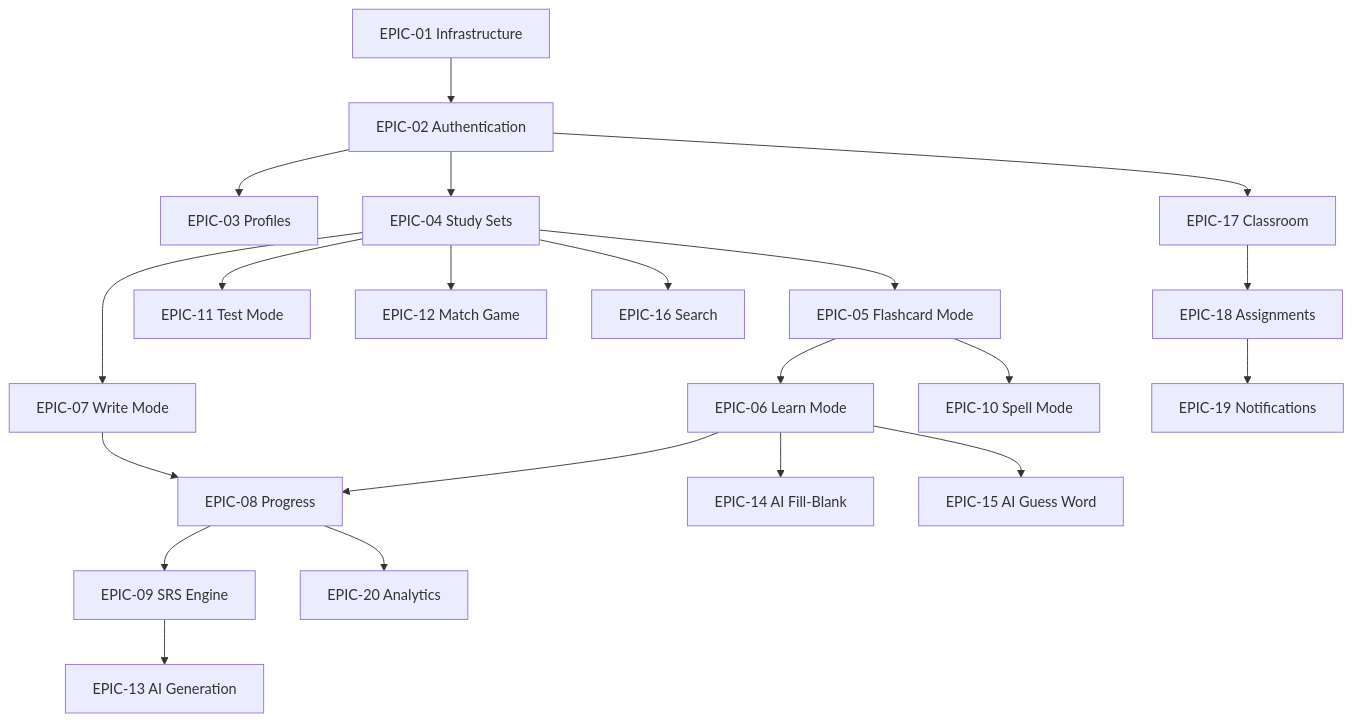
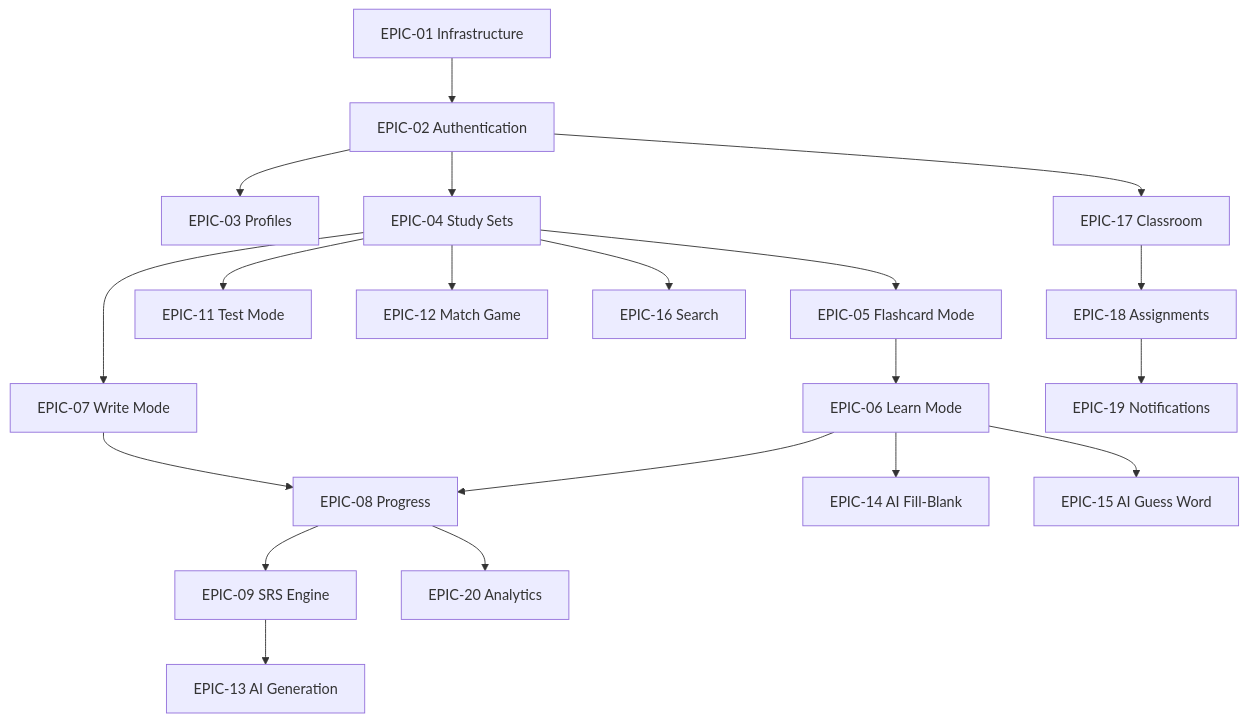
One commit to Imba-Team/app changed the third of 4 diagrams in docs/Mimir_Roadmap_v1.md. Above: the diagram before and after it, drawn with Mermaid. The commit also changed other lines of this file and 2 other files, not shown here.

Commit message:
upd: remove the spell mode from the documentation

````diff
--- a/docs/Mimir_Roadmap_v1.md
+++ b/docs/Mimir_Roadmap_v1.md
@@ -503,38 +498,36 @@
 ```mermaid
 graph TD
   E01[EPIC-01 Infrastructure]
   E02[EPIC-02 Authentication]
   E03[EPIC-03 Profiles]
   E04[EPIC-04 Study Sets]
   E05[EPIC-05 Flashcard Mode]
   E06[EPIC-06 Learn Mode]
   E07[EPIC-07 Write Mode]
   E08[EPIC-08 Progress]
   E09[EPIC-09 SRS Engine]
-  E10[EPIC-10 Spell Mode]
   E11[EPIC-11 Test Mode]
   E12[EPIC-12 Match Game]
   E13[EPIC-13 AI Generation]
   E14[EPIC-14 AI Fill-Blank]
   E15[EPIC-15 AI Guess Word]
   E16[EPIC-16 Search]
   E17[EPIC-17 Classroom]
   E18[EPIC-18 Assignments]
   E19[EPIC-19 Notifications]
   E20[EPIC-20 Analytics]
 
   E01 --> E02 --> E03
   E02 --> E04
   E04 --> E05 --> E06 --> E08
   E04 --> E07 --> E08
   E08 --> E09
-  E05 --> E10
   E04 --> E11
   E04 --> E12
   E09 --> E13
   E06 --> E14
   E06 --> E15
   E04 --> E16
   E02 --> E17 --> E18 --> E19
   E08 --> E20
 ```
````
